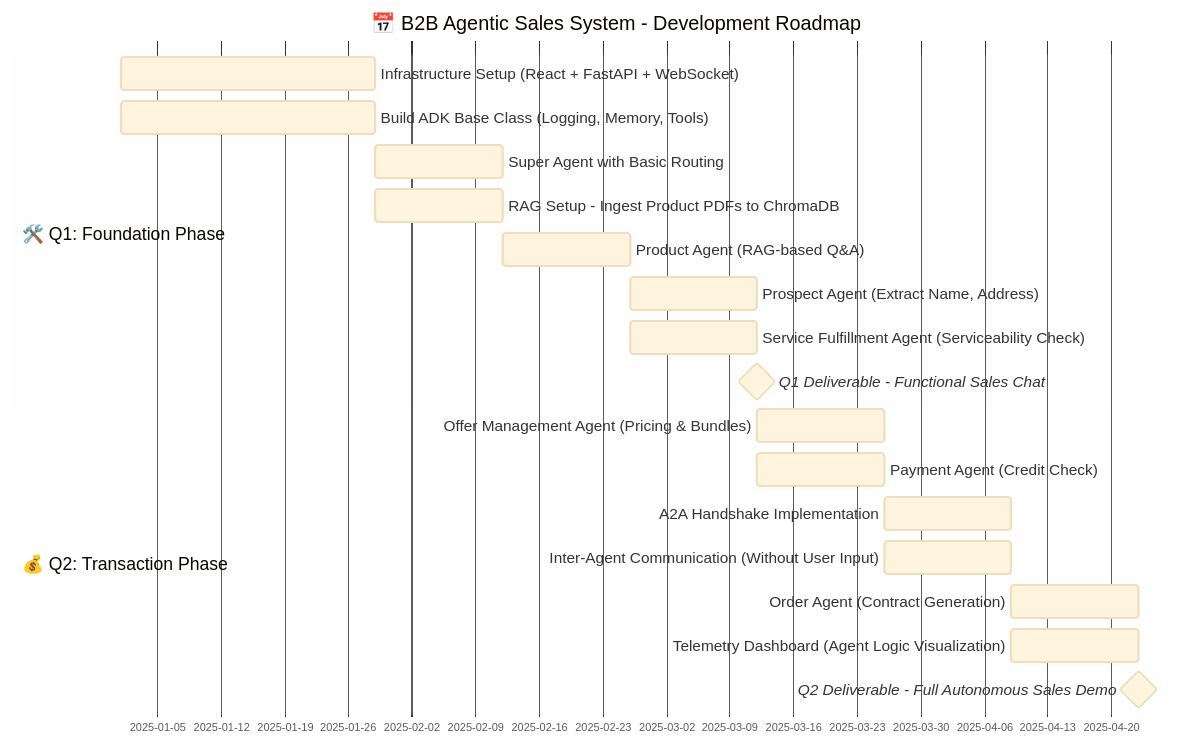
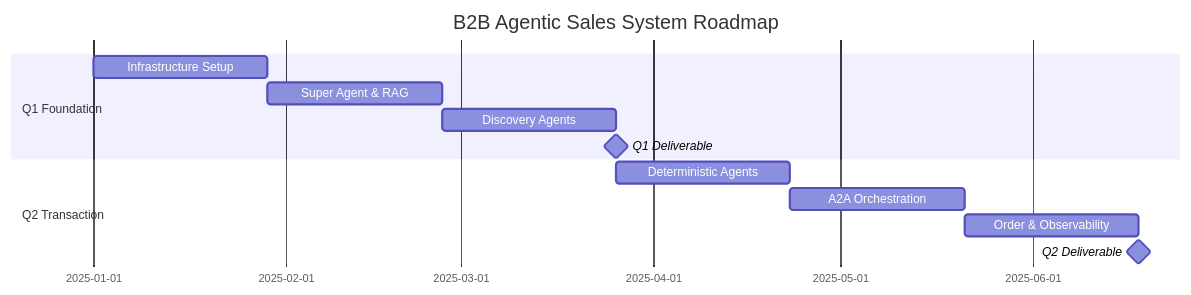
One commit to sudhamanc/ConversationalSalesAgent changed the eighth of 8 diagrams in README.md. Above: the diagram before and after it, drawn with Mermaid. The commit also changed other lines of this file, not shown here.

First line of the commit message:
Revise architecture and flow diagrams in README

````diff
--- a/README.md
+++ b/README.md
@@ -513,25 +594,17 @@
 ```mermaid
-%%{init: {'theme': 'base', 'themeVariables': { 'fontSize': '14px'}, 'gantt': {'titleTopMargin': 25, 'barHeight': 30, 'barGap': 10, 'topPadding': 50, 'leftPadding': 100, 'gridLineStartPadding': 35, 'fontSize': 14, 'sectionFontSize': 16}}}%%
 gantt
-    title 📅 B2B Agentic Sales System - Development Roadmap
+    title B2B Agentic Sales System Roadmap
     dateFormat YYYY-MM-DD
     
-    section 🛠️ Q1: Foundation Phase
-    Infrastructure Setup (React + FastAPI + WebSocket)    :a1, 2025-01-01, 4w
-    Build ADK Base Class (Logging, Memory, Tools)         :a1b, 2025-01-01, 4w
-    Super Agent with Basic Routing                        :a2, after a1, 2w
-    RAG Setup - Ingest Product PDFs to ChromaDB           :a2b, after a1, 2w
-    Product Agent (RAG-based Q&A)                         :a2c, after a2, 2w
-    Prospect Agent (Extract Name, Address)                :a3, after a2c, 2w
-    Service Fulfillment Agent (Serviceability Check)      :a3b, after a2c, 2w
-    Q1 Deliverable - Functional Sales Chat                :milestone, m1, after a3b, 0d
+    section Q1 Foundation
+    Infrastructure Setup    :a1, 2025-01-01, 4w
+    Super Agent & RAG       :a2, after a1, 4w
+    Discovery Agents        :a3, after a2, 4w
+    Q1 Deliverable          :milestone, m1, after a3, 0d
     
-    section 💰 Q2: Transaction Phase
-    Offer Management Agent (Pricing & Bundles)            :b1, after a3b, 2w
-    Payment Agent (Credit Check)                          :b1b, after a3b, 2w
-    A2A Handshake Implementation                          :b2, after b1, 2w
-    Inter-Agent Communication (Without User Input)        :b2b, after b1, 2w
-    Order Agent (Contract Generation)                     :b3, after b2, 2w
-    Telemetry Dashboard (Agent Logic Visualization)       :b3b, after b2, 2w
-    Q2 Deliverable - Full Autonomous Sales Demo           :milestone, m2, after b3b, 0d
+    section Q2 Transaction
+    Deterministic Agents    :b1, after a3, 4w
+    A2A Orchestration       :b2, after b1, 4w
+    Order & Observability   :b3, after b2, 4w
+    Q2 Deliverable          :milestone, m2, after b3, 0d
 ```
````
